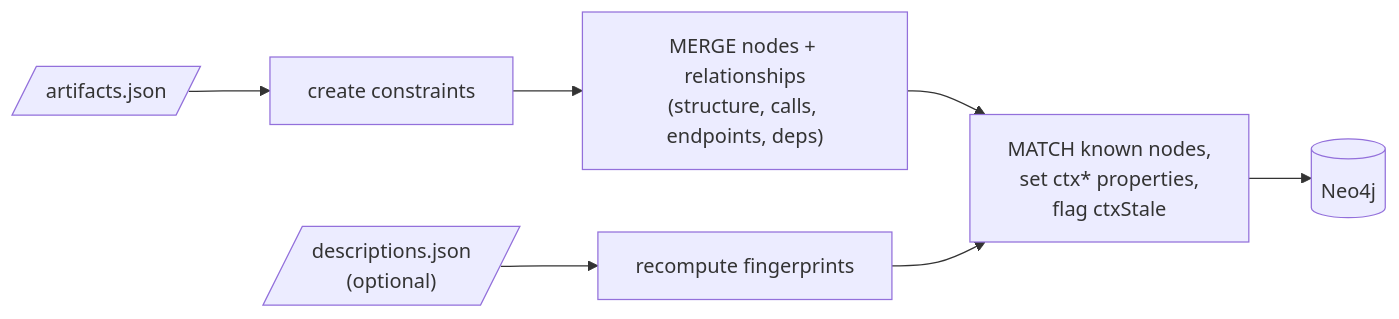
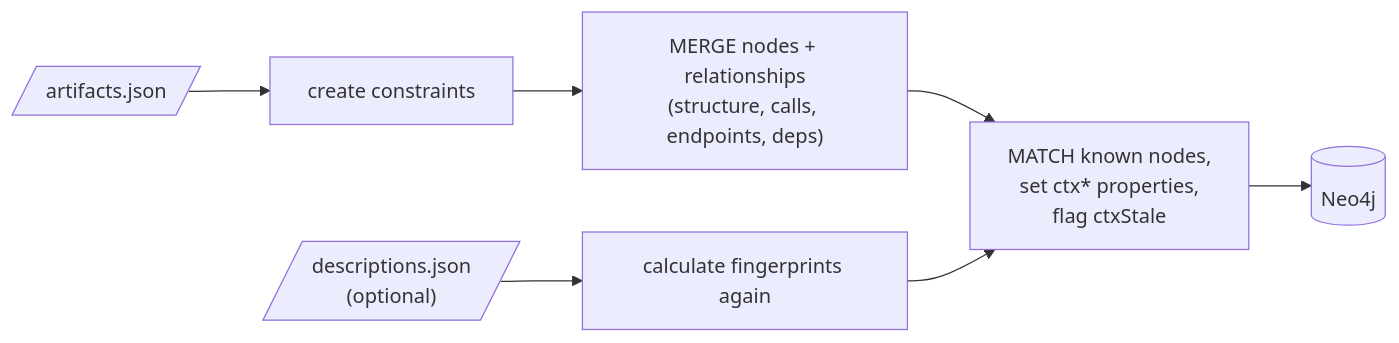
One commit to KrishnaAnnavaram/MARS changed diagram 13 of 31 in README.md. Above: the diagram before and after it, drawn with Mermaid. The commit also changed other lines of this file and 1 other file, not shown here.

````diff
--- a/README.md
+++ b/README.md
@@ -771,9 +804,9 @@
 ```mermaid
 flowchart LR
     AJ[/"artifacts.json"/] --> C["create constraints"]
     C --> N["MERGE nodes + relationships<br/>(structure, calls, endpoints, deps)"]
-    D[/"descriptions.json<br/>(optional)"/] --> FP["recompute fingerprints"]
+    D[/"descriptions.json<br/>(optional)"/] --> FP["calculate fingerprints again"]
     N --> CTX["MATCH known nodes,<br/>set ctx* properties,<br/>flag ctxStale"]
     FP --> CTX
     CTX --> NEO[("Neo4j")]
 ```
````
